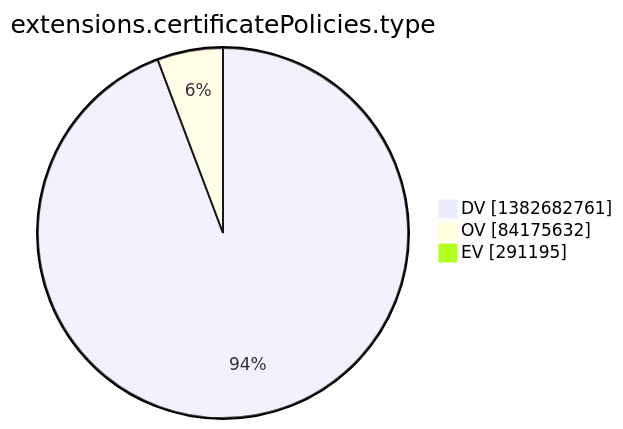
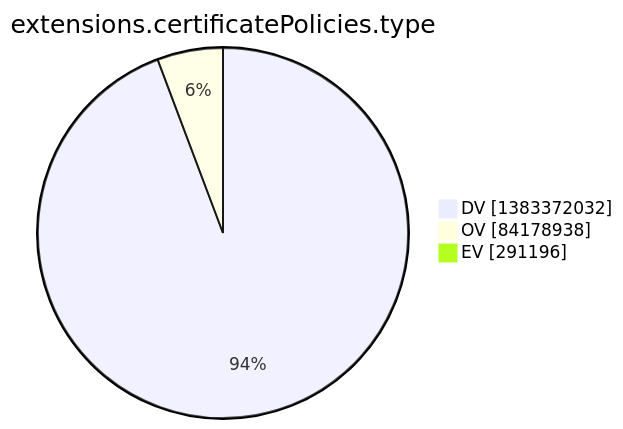
Before and after one commit to christiankrug/ctmonitor_visualization: the tenth of 15 diagrams in argon2022/README.md, drawn with Mermaid. The commit also changed other lines of this file, not shown here.

````diff
--- a/argon2022/README.md
+++ b/argon2022/README.md
@@ -2773,7 +2773,7 @@
 ```mermaid
 pie showData
 title extensions.certificatePolicies.type
-"DV" :1382682761
-"OV" :84175632
-"EV" :291195
+"DV" :1383372032
+"OV" :84178938
+"EV" :291196
 ```
````
